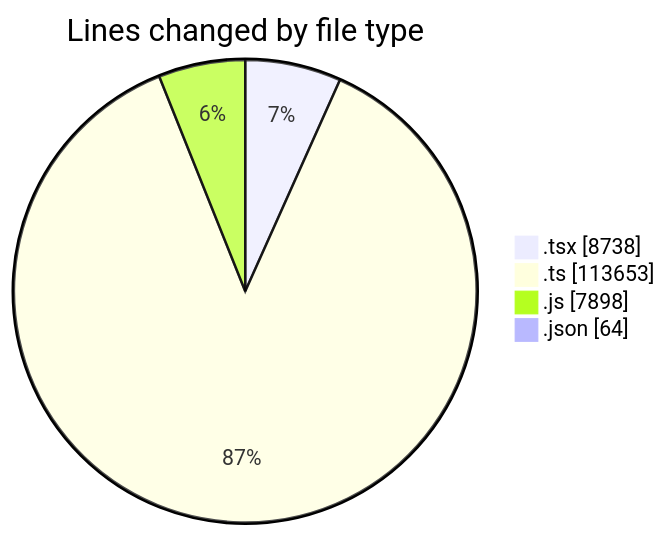
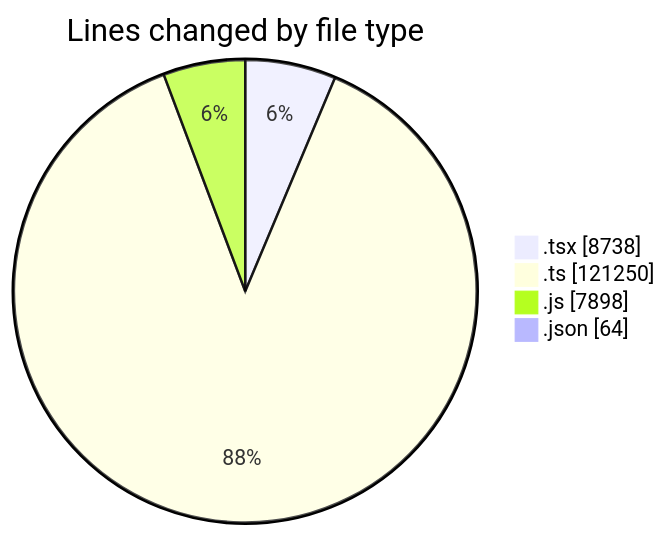
The first of 2 diagrams in 2026-07-30/cda/README.md (momahboobian/code-tracking), drawn with Mermaid before and after one commit. The commit also changed other lines of this file and 1 other file, not shown here.

````diff
--- a/2026-07-30/cda/README.md
+++ b/2026-07-30/cda/README.md
@@ -56,8 +56,8 @@
 ```mermaid
 pie showData
 title Lines changed by file type
 ".tsx" : 8738
-".ts" : 113653
+".ts" : 121250
 ".js" : 7898
 ".json" : 64
 ```
````
